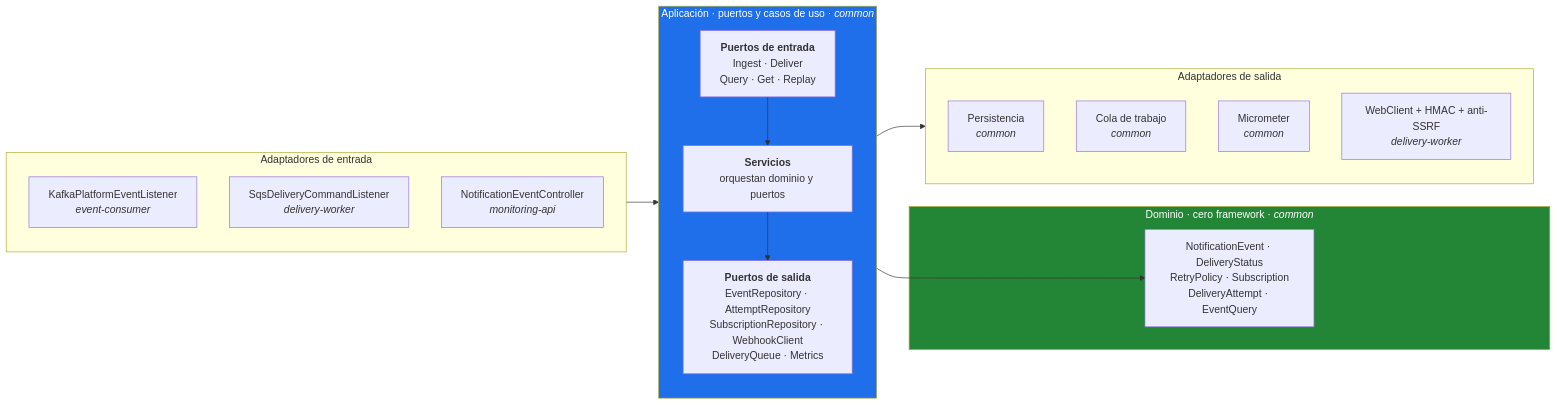
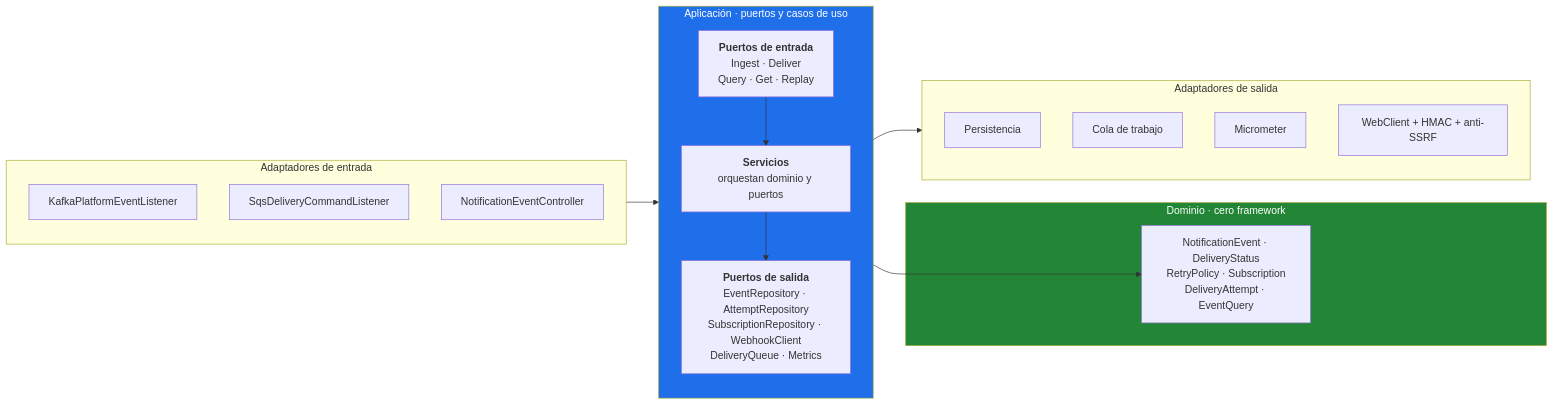
One commit to ssalaza7/cobre-notification-delivery changed the third of 7 diagrams in docs/01-diseno-del-sistema.md. Above: the diagram before and after it, drawn with Mermaid. The commit also changed other lines of this file and 1 other file, not shown here.

````diff
--- a/docs/01-diseno-del-sistema.md
+++ b/docs/01-diseno-del-sistema.md
@@ -131,34 +128,34 @@
 ```mermaid
 flowchart LR
     subgraph in["Adaptadores de entrada"]
-        msg1["KafkaPlatformEventListener<br/><i>event-consumer</i>"]
-        msg2["SqsDeliveryCommandListener<br/><i>delivery-worker</i>"]
-        rest["NotificationEventController<br/><i>monitoring-api</i>"]
+        msg1["KafkaPlatformEventListener"]
+        msg2["SqsDeliveryCommandListener"]
+        rest["NotificationEventController"]
     end
 
-    subgraph app["Aplicación · puertos y casos de uso · <i>common</i>"]
+    subgraph app["Aplicación · puertos y casos de uso"]
         direction TB
         pin["<b>Puertos de entrada</b><br/>Ingest · Deliver<br/>Query · Get · Replay"]
         uc["<b>Servicios</b><br/>orquestan dominio y puertos"]
         pout["<b>Puertos de salida</b><br/>EventRepository · AttemptRepository<br/>SubscriptionRepository · WebhookClient<br/>DeliveryQueue · Metrics"]
         pin --> uc --> pout
     end
 
-    subgraph dom["Dominio · cero framework · <i>common</i>"]
+    subgraph dom["Dominio · cero framework"]
         model["NotificationEvent · DeliveryStatus<br/>RetryPolicy · Subscription<br/>DeliveryAttempt · EventQuery"]
     end
 
     subgraph out["Adaptadores de salida"]
-        r2dbc["Persistencia<br/><i>common</i>"]
-        mq["Cola de trabajo<br/><i>common</i>"]
-        met["Micrometer<br/><i>common</i>"]
-        web["WebClient + HMAC + anti-SSRF<br/><i>delivery-worker</i>"]
+        r2dbc["Persistencia"]
+        mq["Cola de trabajo"]
+        met["Micrometer"]
+        web["WebClient + HMAC + anti-SSRF"]
     end
 
     in --> pin
     uc --> model
     pout --> out
 
     style dom fill:#238636,color:#fff
     style app fill:#1f6feb,color:#fff
 ```
````
